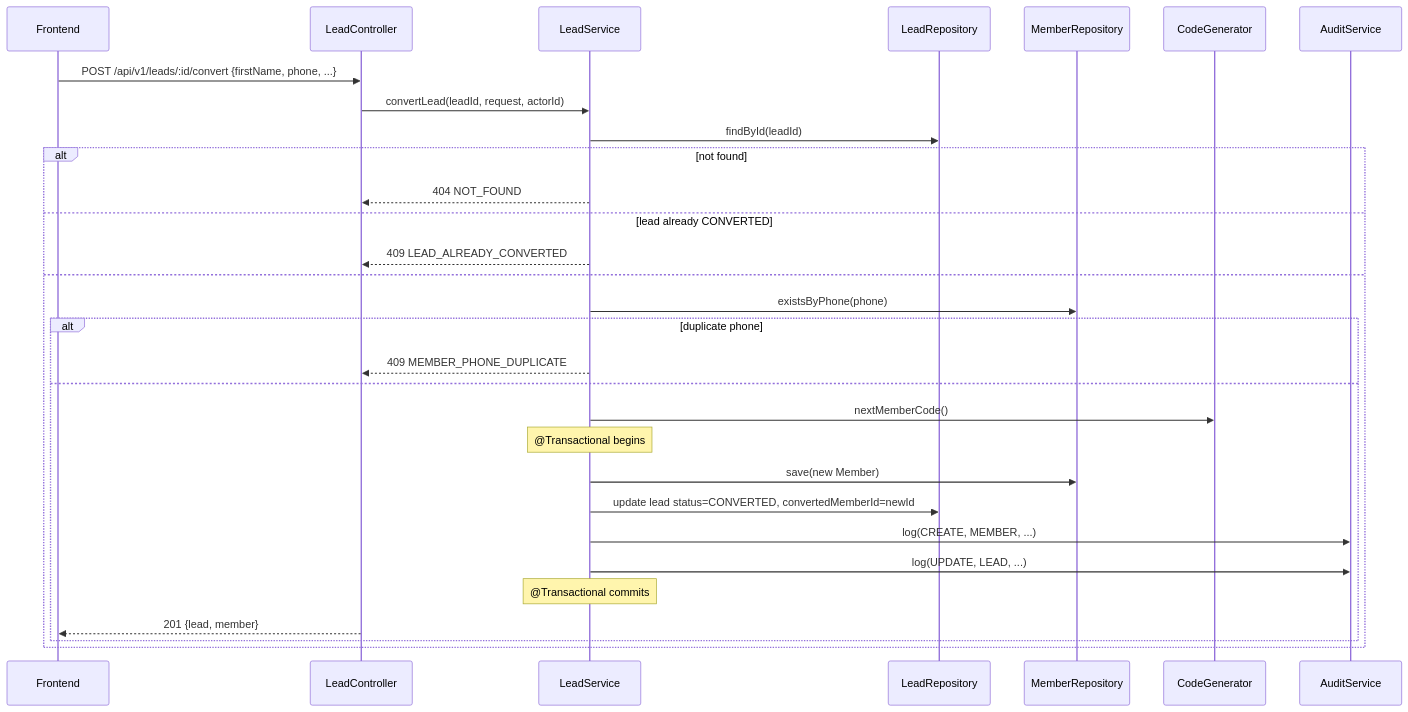
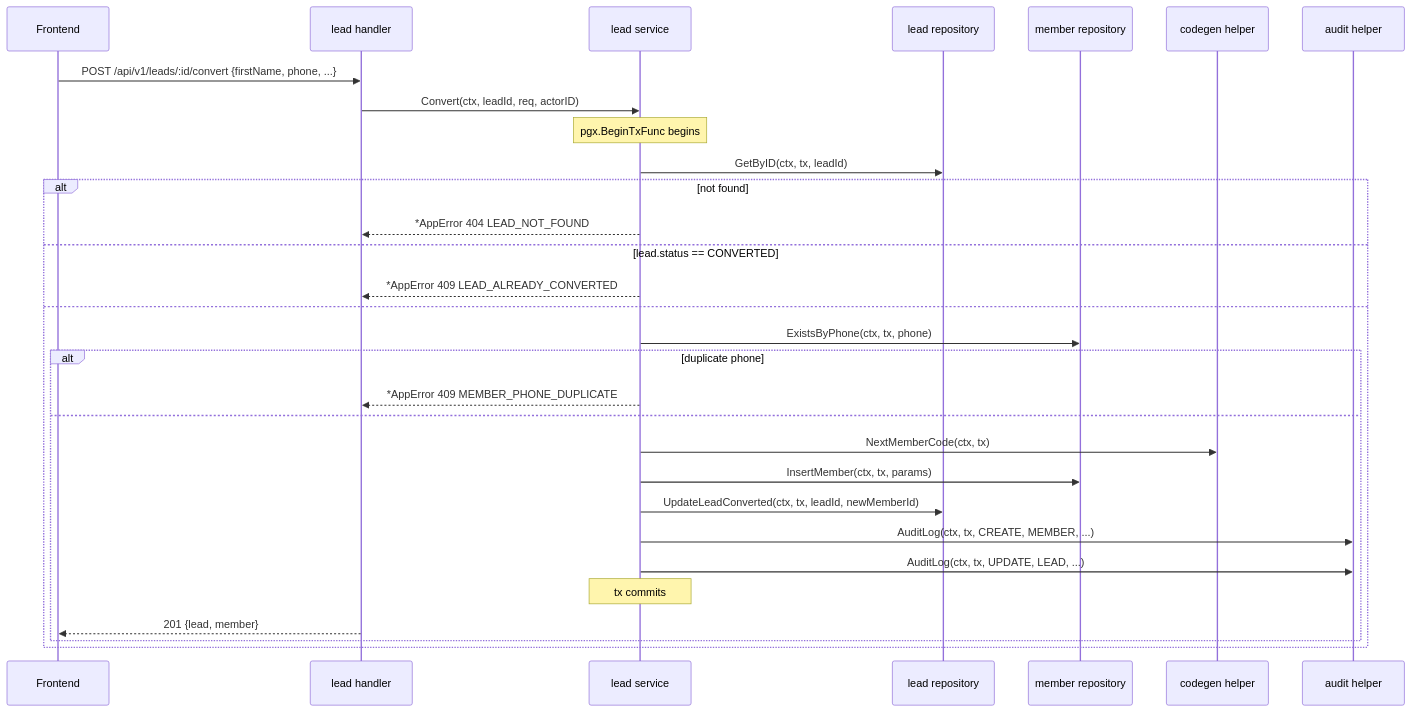
One commit to sidpd51/gym-app changed the fourth of 5 diagrams in backend/docs/06-backend-lld.md. Above: the diagram before and after it, drawn with Mermaid. The commit also changed other lines of this file and 5 other files, not shown here.

Commit message:
Migrate backend architecture documentation from Java/Spring Boot to Go

````diff
--- a/backend/docs/06-backend-lld.md
+++ b/backend/docs/06-backend-lld.md
@@ -798,33 +810,33 @@
 ```mermaid
 sequenceDiagram
     participant FE as Frontend
-    participant C as LeadController
-    participant S as LeadService
-    participant LR as LeadRepository
-    participant MR as MemberRepository
-    participant CG as CodeGenerator
-    participant A as AuditService
+    participant H as lead handler
+    participant S as lead service
+    participant LR as lead repository
+    participant MR as member repository
+    participant CG as codegen helper
+    participant A as audit helper
 
-    FE->>C: POST /api/v1/leads/:id/convert {firstName, phone, ...}
-    C->>S: convertLead(leadId, request, actorId)
-    S->>LR: findById(leadId)
+    FE->>H: POST /api/v1/leads/:id/convert {firstName, phone, ...}
+    H->>S: Convert(ctx, leadId, req, actorID)
+    note over S: pgx.BeginTxFunc begins
+    S->>LR: GetByID(ctx, tx, leadId)
     alt not found
-        S-->>C: 404 NOT_FOUND
-    else lead already CONVERTED
-        S-->>C: 409 LEAD_ALREADY_CONVERTED
+        S-->>H: *AppError 404 LEAD_NOT_FOUND
+    else lead.status == CONVERTED
+        S-->>H: *AppError 409 LEAD_ALREADY_CONVERTED
     else
-        S->>MR: existsByPhone(phone)
+        S->>MR: ExistsByPhone(ctx, tx, phone)
         alt duplicate phone
-            S-->>C: 409 MEMBER_PHONE_DUPLICATE
+            S-->>H: *AppError 409 MEMBER_PHONE_DUPLICATE
         else
-            S->>CG: nextMemberCode()
-            note over S: @Transactional begins
-            S->>MR: save(new Member)
-            S->>LR: update lead status=CONVERTED, convertedMemberId=newId
-            S->>A: log(CREATE, MEMBER, ...)
-            S->>A: log(UPDATE, LEAD, ...)
-            note over S: @Transactional commits
-            C-->>FE: 201 {lead, member}
+            S->>CG: NextMemberCode(ctx, tx)
+            S->>MR: InsertMember(ctx, tx, params)
+            S->>LR: UpdateLeadConverted(ctx, tx, leadId, newMemberId)
+            S->>A: AuditLog(ctx, tx, CREATE, MEMBER, ...)
+            S->>A: AuditLog(ctx, tx, UPDATE, LEAD, ...)
+            note over S: tx commits
+            H-->>FE: 201 {lead, member}
         end
     end
 ```
````
